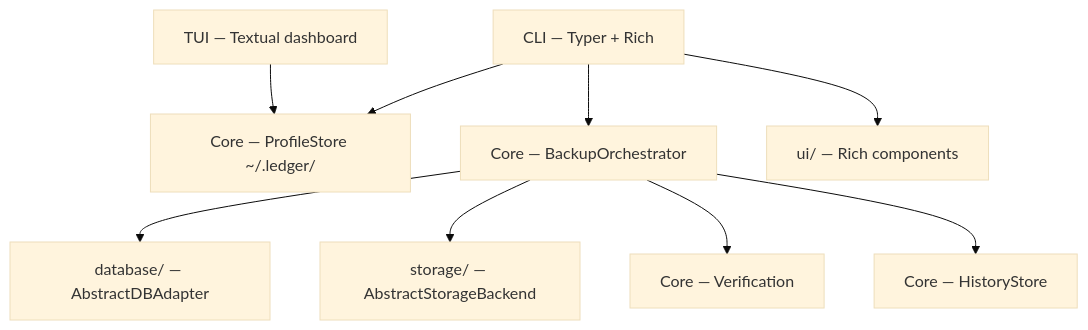
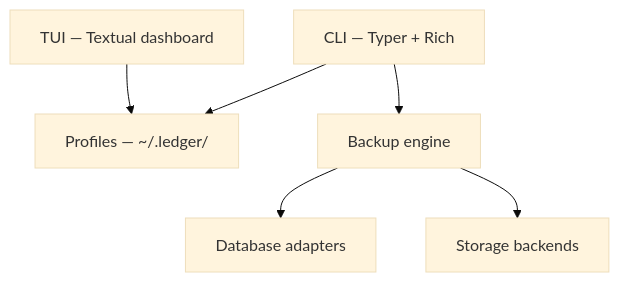
Before and after one commit to Arbtrage/Ledger: the diagram in docs/architecture.md, drawn with Mermaid (base theme). The commit also changed other lines of this file and 22 other files, not shown here.

Commit message:
docs: reframe Ledger as a developer CLI tool across README and docs

````diff
--- a/docs/architecture.md
+++ b/docs/architecture.md
@@ -7,21 +7,15 @@
 ```mermaid
 flowchart TB
     CLI[CLI — Typer + Rich]
     TUI[TUI — Textual dashboard]
-    PROFILES[Core — ProfileStore ~/.ledger/]
-    ORCH[Core — BackupOrchestrator]
-    HIST[Core — HistoryStore]
-    VERIFY[Core — Verification]
-    DB[database/ — AbstractDBAdapter]
-    STORE[storage/ — AbstractStorageBackend]
-    UI[ui/ — Rich components]
+    PROFILES[Profiles — ~/.ledger/]
+    ORCH[Backup engine]
+    DB[Database adapters]
+    STORE[Storage backends]
 
     CLI --> PROFILES
     TUI --> PROFILES
     CLI --> ORCH
     ORCH --> DB
     ORCH --> STORE
-    ORCH --> VERIFY
-    ORCH --> HIST
-    CLI --> UI
 ```
````
